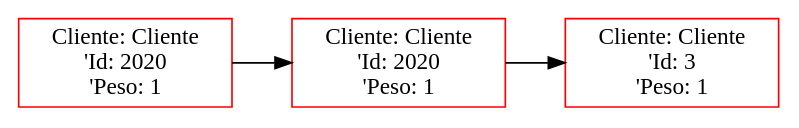
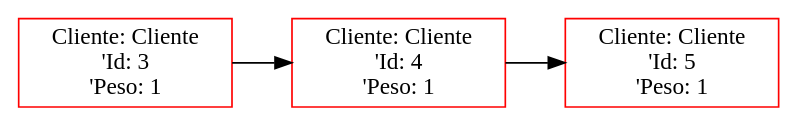
Before and after one commit to FranklinONP/EDD_PROYECTO_202200089: the diagram in Proyecto1/Proyecto1_202200089/Main/pequena.dot, drawn with Graphviz. The commit also changed 11 other files, not shown here.

```diff
--- a/Proyecto1/Proyecto1_202200089/Main/pequena.dot
+++ b/Proyecto1/Proyecto1_202200089/Main/pequena.dot
@@ -1,8 +1,8 @@
  digraph G {
  rankdir=LR;
- node0 [label="Cliente: Cliente\n'Id: 2020\n'Peso: 1", color="red", shape="rectangle"];
- node1 [label="Cliente: Cliente\n'Id: 2020\n'Peso: 1", color="red", shape="rectangle"];
+ node0 [label="Cliente: Cliente\n'Id: 3\n'Peso: 1", color="red", shape="rectangle"];
+ node1 [label="Cliente: Cliente\n'Id: 4\n'Peso: 1", color="red", shape="rectangle"];
  node0 -> node1 [dir="forward"];
- node2 [label="Cliente: Cliente\n'Id: 3\n'Peso: 1", color="red", shape="rectangle"];
+ node2 [label="Cliente: Cliente\n'Id: 5\n'Peso: 1", color="red", shape="rectangle"];
  node1 -> node2 [dir="forward"];
  }
```
